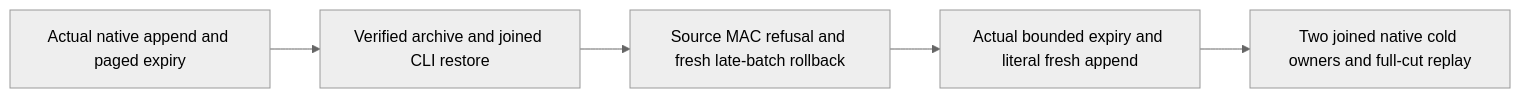
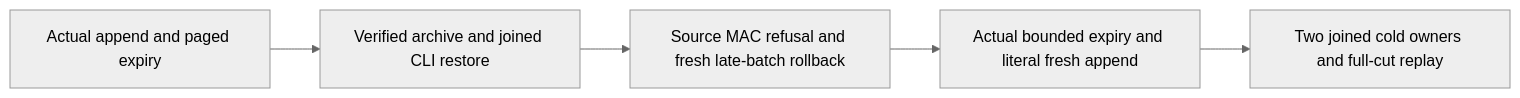
One commit to managedcode/KeyLoad changed diagram 11 of 13 in docs/Features/BackupRestore.md. Above: the diagram before and after it, drawn with Mermaid (neutral theme). The commit also changed other lines of this file and 9016 other files, not shown here.

````diff
--- a/docs/Features/BackupRestore.md
+++ b/docs/Features/BackupRestore.md
@@ -366,7 +360,7 @@
 ```mermaid
 flowchart LR
-  Seed[Actual native append and paged expiry] --> Backup[Verified archive and joined CLI restore]
+  Seed[Actual append and paged expiry] --> Backup[Verified archive and joined CLI restore]
   Backup --> Refuse[Source MAC refusal and fresh late-batch rollback]
   Refuse --> Healthy[Actual bounded expiry and literal fresh append]
-  Healthy --> Cold[Two joined native cold owners and full-cut replay]
+  Healthy --> Cold[Two joined cold owners and full-cut replay]
 ```
````
